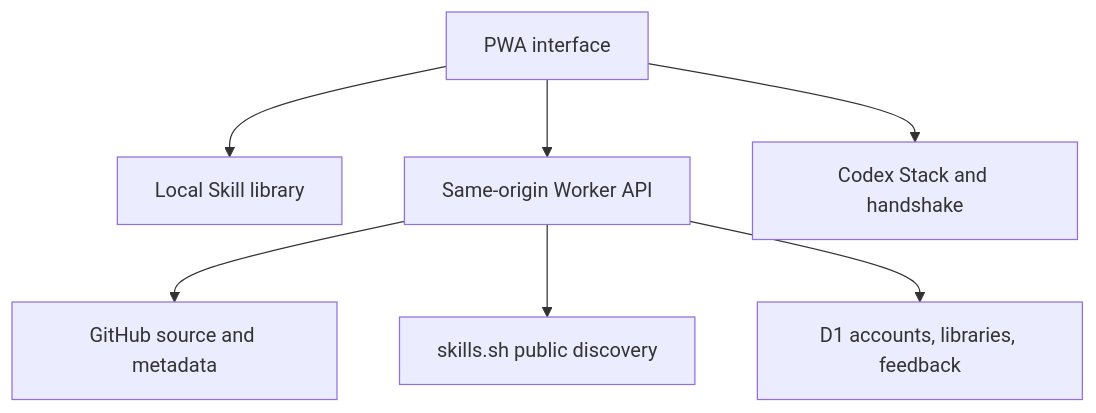
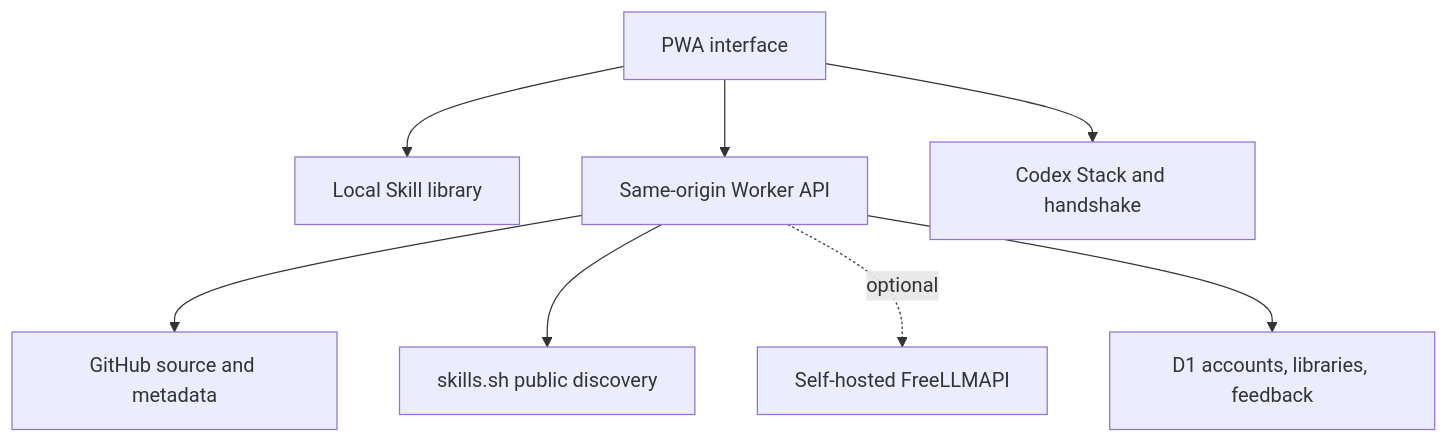
One commit to Tomchen070814/bitcase-community changed the diagram in docs/ARCHITECTURE.md. Above: the diagram before and after it, drawn with Mermaid. The commit also changed other lines of this file and 11 other files, not shown here.

````diff
--- a/docs/ARCHITECTURE.md
+++ b/docs/ARCHITECTURE.md
@@ -7,9 +7,10 @@
 ```mermaid
 flowchart TD
   UI["PWA interface"] --> Local["Local Skill library"]
   UI --> API["Same-origin Worker API"]
   API --> GitHub["GitHub source and metadata"]
   API --> Registry["skills.sh public discovery"]
+  API -. optional .-> FreeLLM["Self-hosted FreeLLMAPI"]
   API --> D1["D1 accounts, libraries, feedback"]
   UI --> Handoff["Codex Stack and handshake"]
 ```
````
